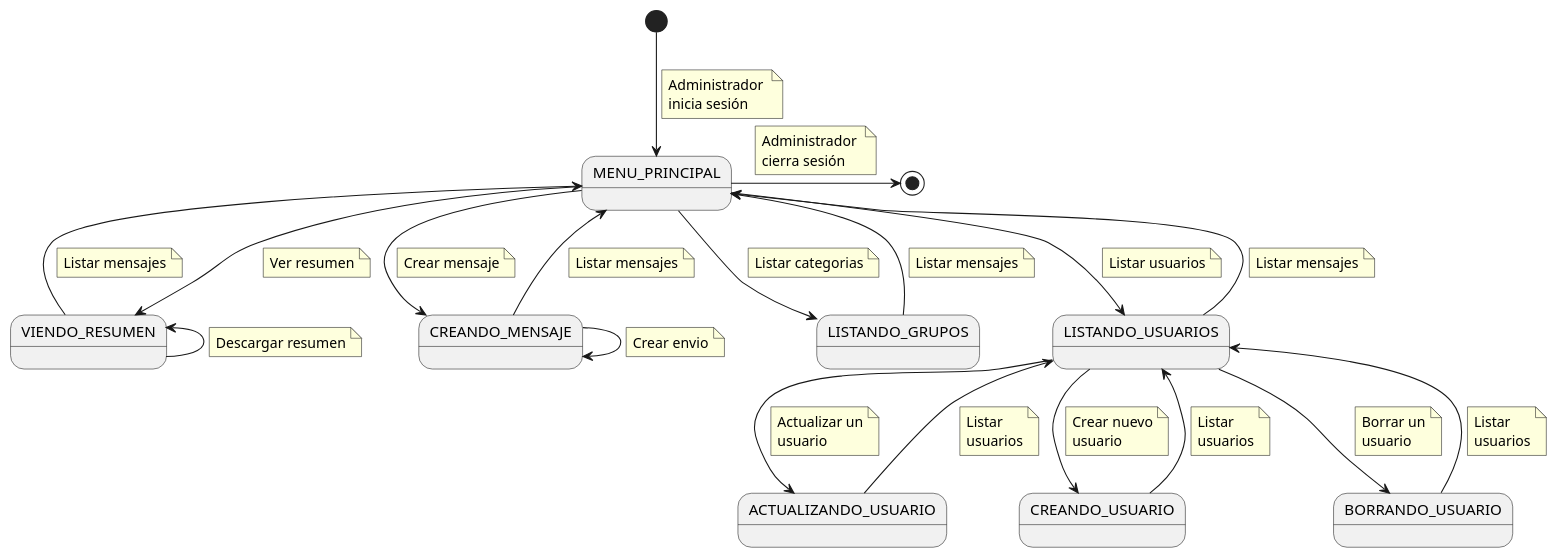
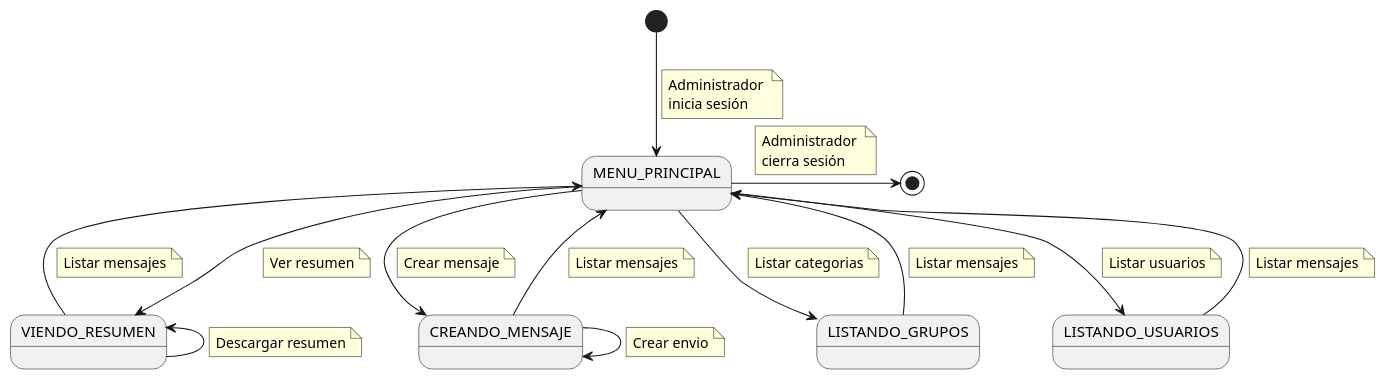
The diagram in docs/casosDeUso/diagramaDeContexto/DiagramaDeContextoAdministrador/diagramaContextoAdministrador.puml (mmasias/24-25-IdSw1-SDR), drawn with PlantUML before and after one commit.

Commit message:
Ajustando el diagrama de contexto del administrador para reflejar los cambios en el modulo de usuarios

```diff
--- a/docs/casosDeUso/diagramaDeContexto/DiagramaDeContextoAdministrador/diagramaContextoAdministrador.puml
+++ b/docs/casosDeUso/diagramaDeContexto/DiagramaDeContextoAdministrador/diagramaContextoAdministrador.puml
@@ -1,108 +1,70 @@
 @startuml
 state "MENU_PRINCIPAL" as MenuPrincipal
 state "CREANDO_MENSAJE" as CreandoMensaje
 state "VIENDO_RESUMEN" as ViendoResumen
 state "LISTANDO_GRUPOS" as Grupos
 state "LISTANDO_USUARIOS" as Usuarios
-state "ACTUALIZANDO_USUARIO" as ActualizandoUsuario
-state "CREANDO_USUARIO" as CreandoUsuario
-state "BORRANDO_USUARIO" as BorrandoUsuario
 
 [*] --> MenuPrincipal
     note on link
         Administrador 
         inicia sesión
     end note
 
 MenuPrincipal -> [*]
     note on link
         Administrador 
         cierra sesión
     end note
 
 MenuPrincipal --> CreandoMensaje
     note on link
         Crear mensaje
     end note
 
 CreandoMensaje --> CreandoMensaje 
     note on link
         Crear envio
     end note
 
 MenuPrincipal--> ViendoResumen
     note on link
         Ver resumen
     end note
 
 ViendoResumen -l-> MenuPrincipal
     note on link
         Listar mensajes
     end note
 
 ViendoResumen -l-> ViendoResumen 
     note on link
         Descargar resumen
     end note
 
 CreandoMensaje --> MenuPrincipal
     note on link
         Listar mensajes
     end note
 
 MenuPrincipal --> Grupos
     note on link
         Listar categorias
     end note
 
 Grupos --> MenuPrincipal
     note on link
         Listar mensajes
     end note
 
 MenuPrincipal --> Usuarios
     note on link
         Listar usuarios
     end note
 
-Usuarios --> CreandoUsuario
-    note on link
-        Crear nuevo
-        usuario
-    end note
-
-CreandoUsuario --> Usuarios
-    note on link
-        Listar
-        usuarios
-    end note
-
-Usuarios --> ActualizandoUsuario
-    note on link
-        Actualizar un
-        usuario
-    end note
-
-ActualizandoUsuario --> Usuarios
-    note on link
-        Listar
-        usuarios
-    end note
-
-Usuarios --> BorrandoUsuario
-    note on link
-        Borrar un
-        usuario
-    end note
-
-BorrandoUsuario --> Usuarios
-    note on link
-        Listar
-        usuarios
-    end note
-
-Usuarios --> MenuPrincipal
+Usuarios--> MenuPrincipal
     note on link
         Listar mensajes
     end note
+
 @enduml
```
